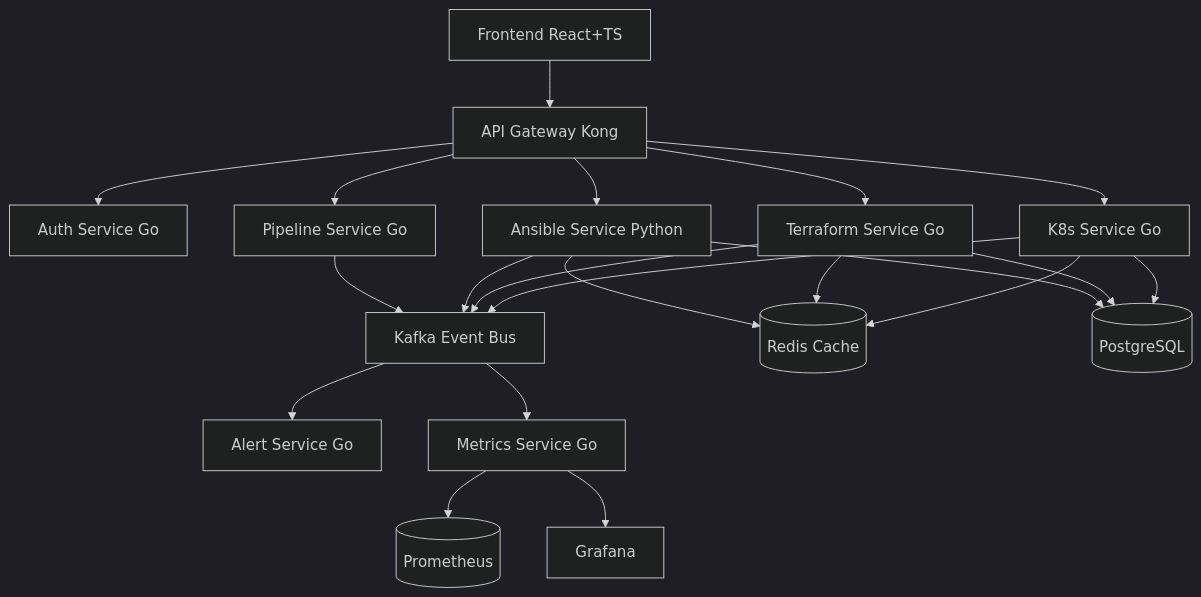
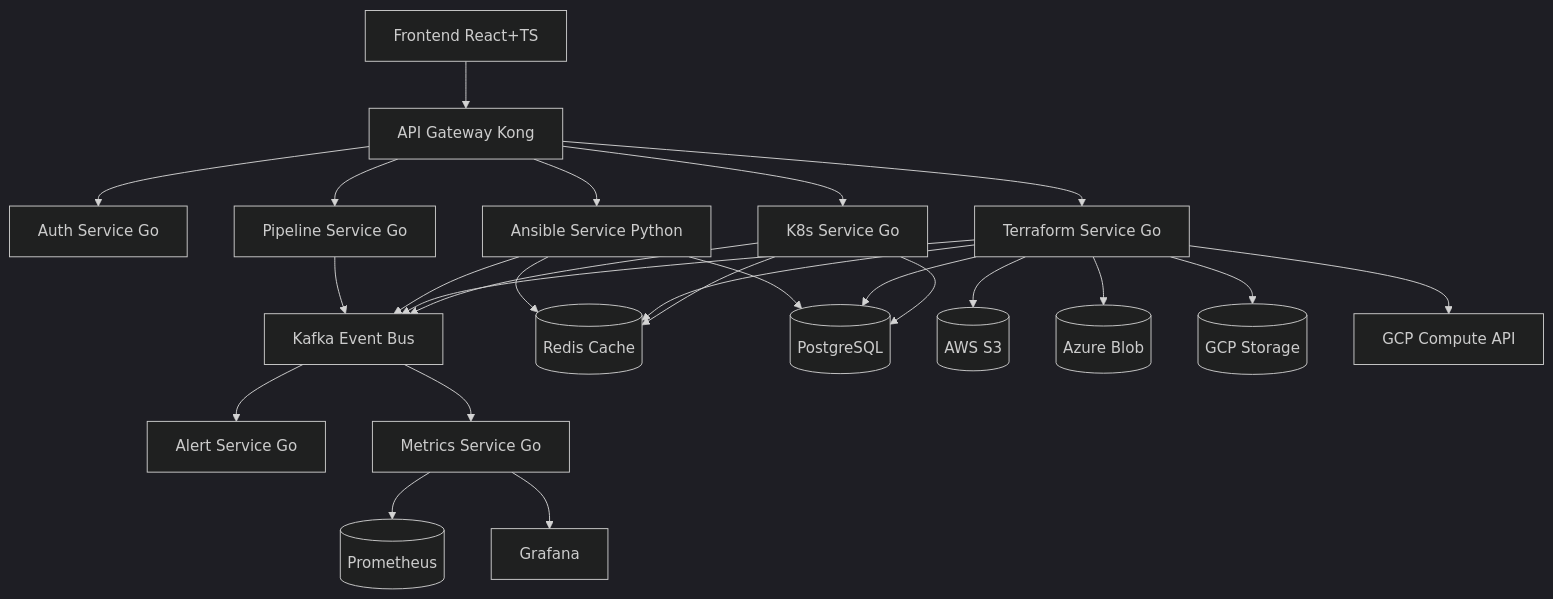
Before and after one commit to MPFabio/Kura: the first of 2 diagrams in docs/architecture.md, drawn with Mermaid (dark theme). The commit also changed 45 other files, not shown here.

````diff
--- a/docs/architecture.md
+++ b/docs/architecture.md
@@ -56,28 +56,34 @@
 ```mermaid
 graph TB
     Frontend[Frontend React+TS] --> Gateway[API Gateway Kong]
     Gateway --> Auth[Auth Service Go]
     Gateway --> K8s[K8s Service Go]
     Gateway --> Terraform[Terraform Service Go]
     Gateway --> Ansible[Ansible Service Python]
     Gateway --> Pipeline[Pipeline Service Go]
     
     K8s --> Kafka[Kafka Event Bus]
     Terraform --> Kafka
     Ansible --> Kafka
     Pipeline --> Kafka
     
     Kafka --> Alert[Alert Service Go]
     Kafka --> Metrics[Metrics Service Go]
     
     K8s --> Redis[(Redis Cache)]
     Terraform --> Redis
     Ansible --> Redis
     
     K8s --> Postgres[(PostgreSQL)]
     Terraform --> Postgres
     Ansible --> Postgres
     
+    Terraform --> S3[(AWS S3)]
+    Terraform --> Azure[(Azure Blob)]
+    Terraform --> GCP[(GCP Storage)]
+    
+    Terraform --> GCPAPI[GCP Compute API]
+    
     Metrics --> Prometheus[(Prometheus)]
     Metrics --> Grafana[Grafana]
 ```
````
